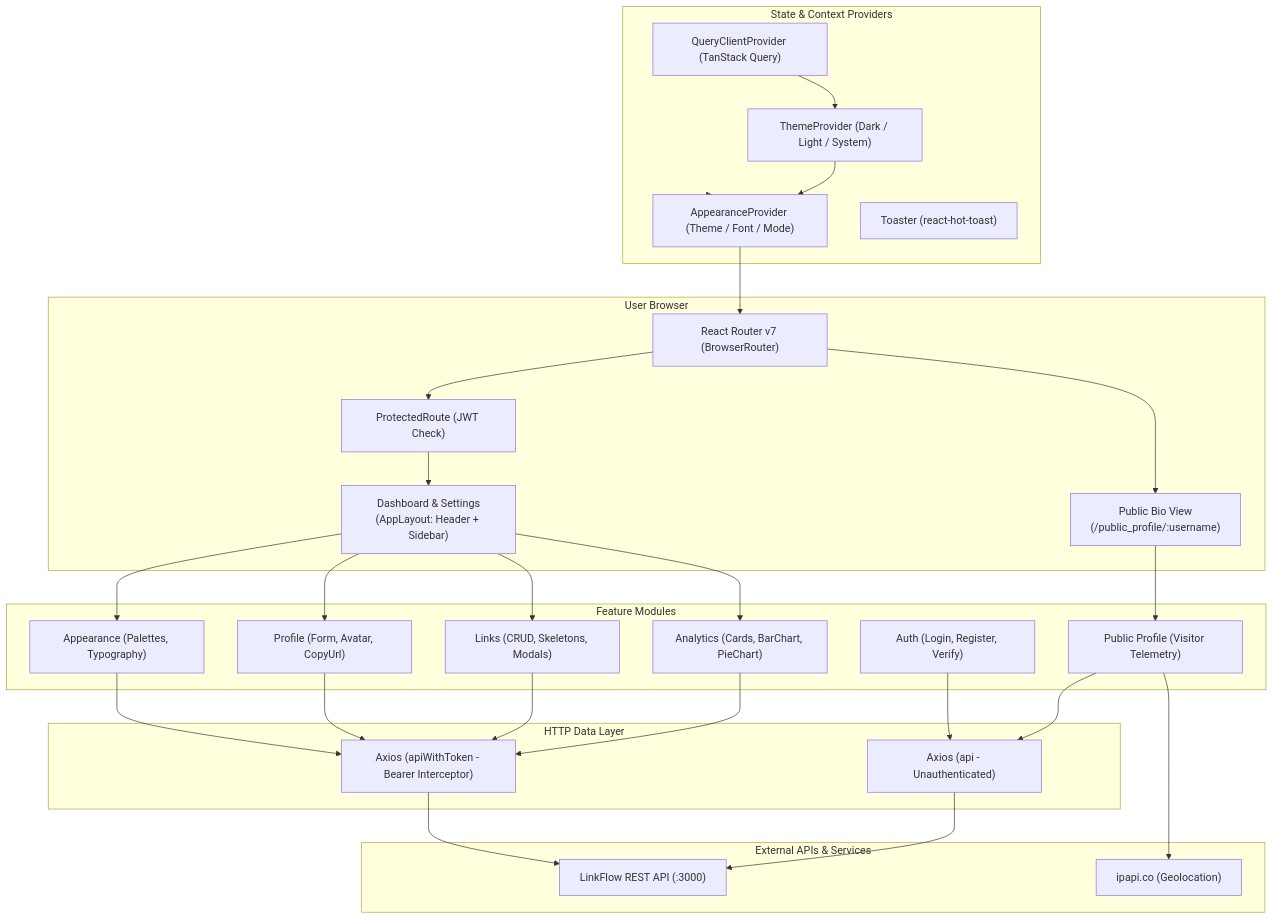
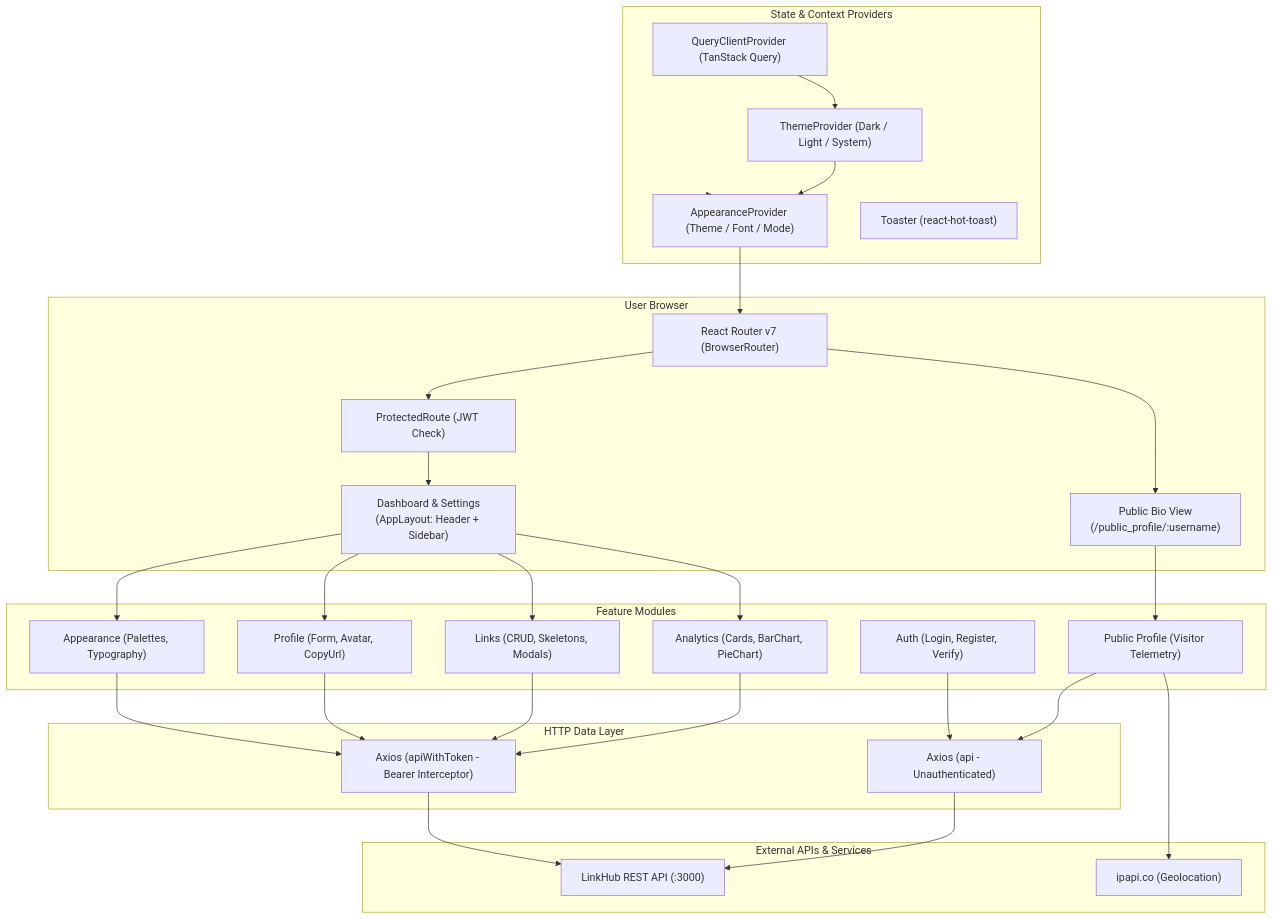
The first of 2 diagrams in README.md (Omiskn/linkhub), drawn with Mermaid before and after one commit. The commit also changed other lines of this file, not shown here.

````diff
--- a/README.md
+++ b/README.md
@@ -112,59 +112,59 @@
 ```mermaid
 flowchart TD
     subgraph Browser["User Browser"]
         Router["React Router v7 (BrowserRouter)"]
         PublicRoute["Public Bio View<br/>(/public_profile/:username)"]
         Guard["ProtectedRoute (JWT Check)"]
         DashboardView["Dashboard & Settings<br/>(AppLayout: Header + Sidebar)"]
     end
 
     subgraph State["State & Context Providers"]
         QC["QueryClientProvider (TanStack Query)"]
         AP["AppearanceProvider (Theme / Font / Mode)"]
         TP["ThemeProvider (Dark / Light / System)"]
         Toast["Toaster (react-hot-toast)"]
     end
 
     subgraph Features["Feature Modules"]
         AuthFeature["Auth (Login, Register, Verify)"]
         DashboardFeature["Analytics (Cards, BarChart, PieChart)"]
         LinkFeature["Links (CRUD, Skeletons, Modals)"]
         ProfileFeature["Profile (Form, Avatar, CopyUrl)"]
         PublicFeature["Public Profile (Visitor Telemetry)"]
         AppearanceFeature["Appearance (Palettes, Typography)"]
     end
 
     subgraph Services["HTTP Data Layer"]
         AxiosPublic["Axios (api - Unauthenticated)"]
         AxiosAuth["Axios (apiWithToken - Bearer Interceptor)"]
     end
 
     subgraph External["External APIs & Services"]
-        Backend["LinkFlow REST API (:3000)"]
+        Backend["LinkHub REST API (:3000)"]
         IPAPI["ipapi.co (Geolocation)"]
     end
 
     Router --> PublicRoute
     Router --> Guard --> DashboardView
 
     QC --> TP --> AP --> Router
     AP --> State
 
     DashboardView --> DashboardFeature
     DashboardView --> LinkFeature
     DashboardView --> ProfileFeature
     DashboardView --> AppearanceFeature
 
     PublicRoute --> PublicFeature
     PublicFeature --> IPAPI
     PublicFeature --> AxiosPublic
 
     AuthFeature --> AxiosPublic
     DashboardFeature --> AxiosAuth
     LinkFeature --> AxiosAuth
     ProfileFeature --> AxiosAuth
     AppearanceFeature --> AxiosAuth
 
     AxiosPublic --> Backend
     AxiosAuth --> Backend
 ```
````
